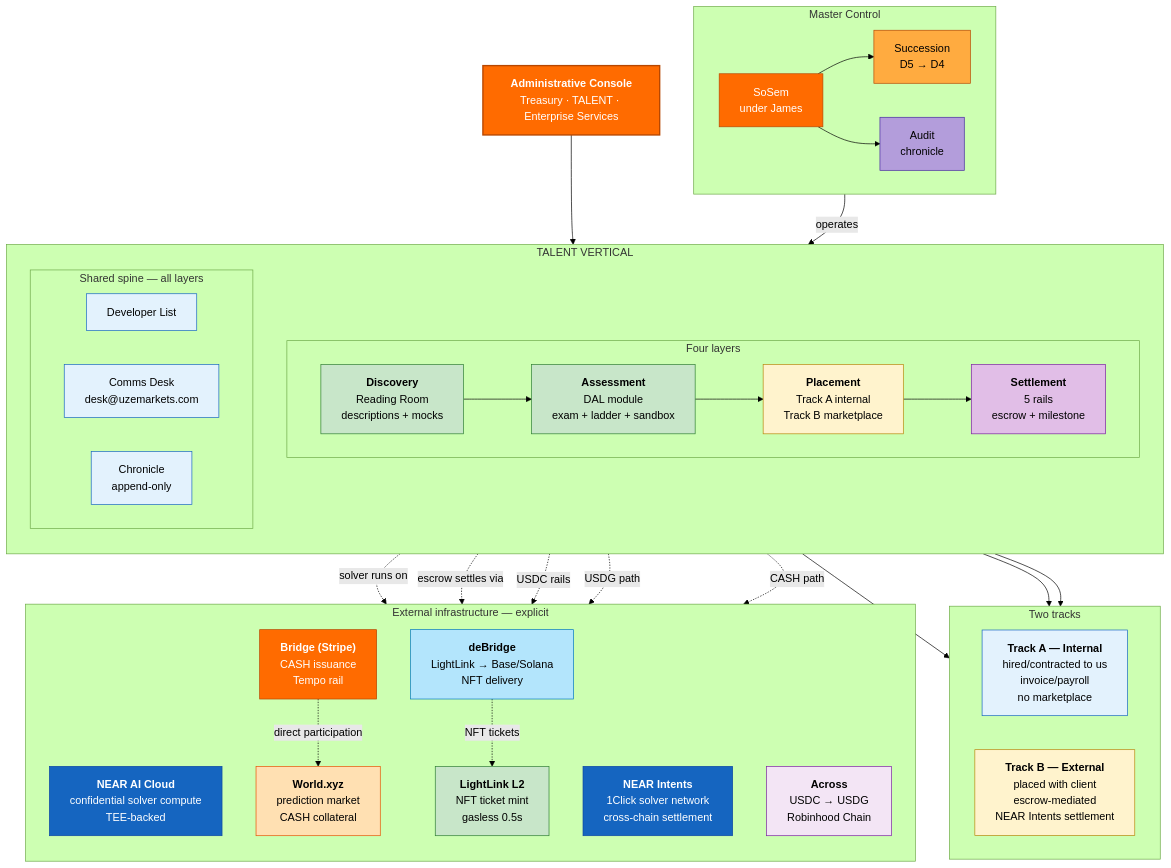
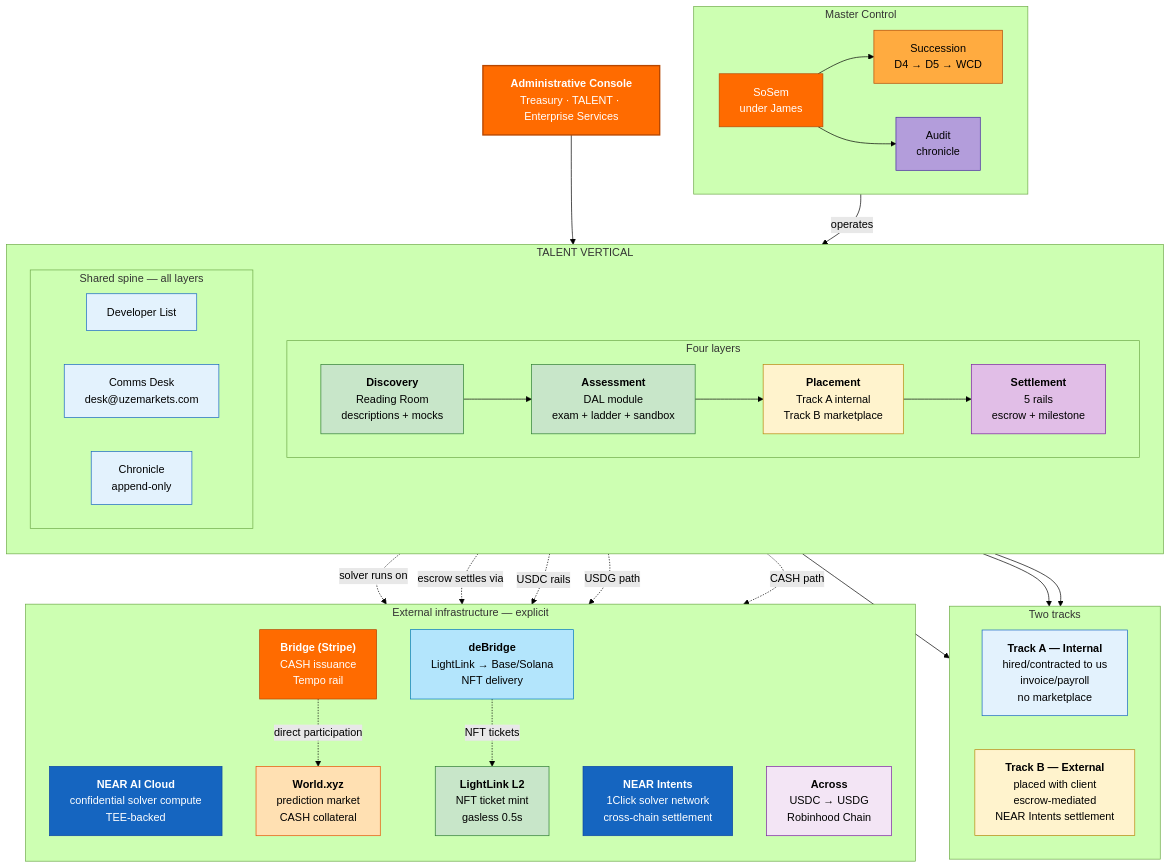
Before and after one commit to DEVBUILDSTACK/UZE: the diagram in docs/talent/exhibits/hum-int-01-platform.mmd, drawn with Mermaid (forest theme). The commit also changed 4 other files, not shown here.

Commit message:
Succession correction (James 2026-11-18): chain D4 → D5 → WCD, WCD full name William Cumberland Dugan — exhibits, engineering doc, Phase 0 scope G7 ruled

```diff
--- a/docs/talent/exhibits/hum-int-01-platform.mmd
+++ b/docs/talent/exhibits/hum-int-01-platform.mmd
@@ -1,80 +1,80 @@
 flowchart TB
     CONSOLE["<b>Administrative Console</b><br/>Treasury · TALENT · Enterprise Services"]
 
     subgraph TALENT["TALENT VERTICAL"]
         direction TB
         subgraph LAYERS["Four layers"]
             direction LR
             L_DIS["<b>Discovery</b><br/>Reading Room<br/>descriptions + mocks"]
             L_AS["<b>Assessment</b><br/>DAL module<br/>exam + ladder + sandbox"]
             L_PL["<b>Placement</b><br/>Track A internal<br/>Track B marketplace"]
             L_SET["<b>Settlement</b><br/>5 rails<br/>escrow + milestone"]
             L_DIS --> L_AS --> L_PL --> L_SET
         end
         subgraph SPINE["Shared spine — all layers"]
             direction LR
             SP1["Developer List"]
             SP2["Comms Desk<br/>desk@uzemarkets.com"]
             SP3["Chronicle<br/>append-only"]
         end
     end
 
     subgraph TRACKS["Two tracks"]
         direction LR
         TA["<b>Track A — Internal</b><br/>hired/contracted to us<br/>invoice/payroll<br/>no marketplace"]
         TB["<b>Track B — External</b><br/>placed with client<br/>escrow-mediated<br/>NEAR Intents settlement"]
     end
 
     subgraph EXTERNAL["External infrastructure — explicit"]
         direction TB
         E1["<b>NEAR AI Cloud</b><br/>confidential solver compute<br/>TEE-backed"]
         E2["<b>NEAR Intents</b><br/>1Click solver network<br/>cross-chain settlement"]
         E3["<b>LightLink L2</b><br/>NFT ticket mint<br/>gasless 0.5s"]
         E4["<b>deBridge</b><br/>LightLink → Base/Solana<br/>NFT delivery"]
         E5["<b>Across</b><br/>USDC → USDG<br/>Robinhood Chain"]
         E6["<b>Bridge (Stripe)</b><br/>CASH issuance<br/>Tempo rail"]
         E7["<b>World.xyz</b><br/>prediction market<br/>CASH collateral"]
     end
 
     subgraph CTRL["Master Control"]
         direction LR
         MASTER["SoSem<br/>under James"]
-        SUCC["Succession<br/>D5 → D4"]
+        SUCC["Succession<br/>D4 → D5 → WCD"]
         AUDIT["Audit<br/>chronicle"]
         MASTER --> SUCC
         MASTER --> AUDIT
     end
 
     CONSOLE --> TALENT
     TALENT --> TRACKS
     L_PL --> TA
     L_PL --> TB
     L_PL -.->|"solver runs on"| E1
     L_SET -.->|"escrow settles via"| E2
     L_SET -.->|"USDC rails"| E3
     L_SET -.->|"USDG path"| E5
     L_SET -.->|"CASH path"| E6
     E6 -.->|"direct participation"| E7
     E4 -.->|"NFT tickets"| E3
     CTRL -->|"operates"| TALENT
 
     style CONSOLE fill:#ff6b00,color:#fff,stroke:#b74700,stroke-width:2px
     style L_DIS fill:#c8e6c9,stroke:#2e7d32
     style L_AS fill:#c8e6c9,stroke:#2e7d32
     style L_PL fill:#fff3cd,stroke:#b8860b
     style L_SET fill:#e1bee7,stroke:#7b1fa2
     style SP1 fill:#e3f2fd,stroke:#1565c0
     style SP2 fill:#e3f2fd,stroke:#1565c0
     style SP3 fill:#e3f2fd,stroke:#1565c0
     style TA fill:#e3f2fd,stroke:#1565c0
     style TB fill:#fff3cd,stroke:#b8860b
     style E1 fill:#1565c0,color:#fff,stroke:#0d47a1
     style E2 fill:#1565c0,color:#fff,stroke:#0d47a1
     style E3 fill:#c8e6c9,stroke:#2e7d32
     style E4 fill:#b3e5fc,stroke:#0277bd
     style E5 fill:#f3e5f5,stroke:#7b1fa2
     style E6 fill:#ff6b00,color:#fff,stroke:#b74700
     style E7 fill:#ffe0b2,stroke:#e65100
     style MASTER fill:#ff6b00,color:#fff,stroke:#b74700
     style SUCC fill:#ffab40,stroke:#b74700
     style AUDIT fill:#b39ddb,stroke:#4527a0
```
